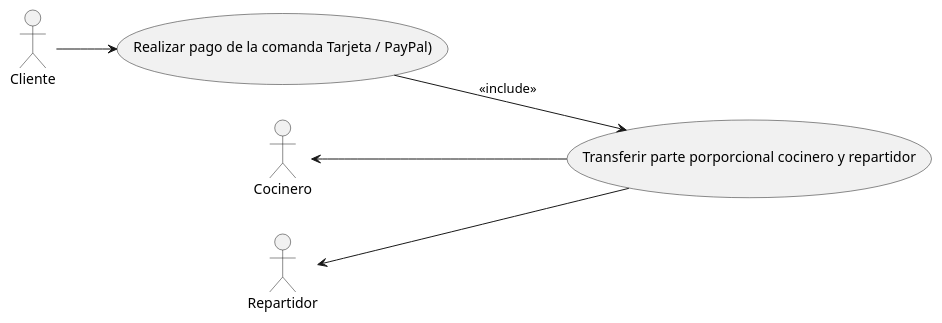
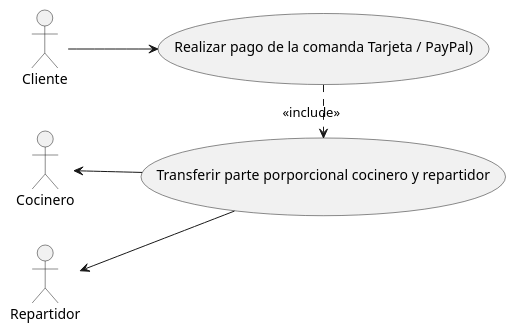
One commit to dabien3/ES25UAB-511-05 changed the diagram in documents/Diagrames Casos d'Us/Code Plantuml/code_bloq4.pUML. Above: the diagram before and after it, drawn with PlantUML. The commit also changed 7 other files, not shown here.

```diff
--- a/documents/Diagrames Casos d'Us/Code Plantuml/code_bloq4.pUML
+++ b/documents/Diagrames Casos d'Us/Code Plantuml/code_bloq4.pUML
@@ -1,18 +1,18 @@
 @startuml
 left to right direction
 
 actor Cliente
 actor Cocinero
 actor Repartidor
 
   usecase "Realizar pago de la comanda Tarjeta / PayPal)" as us2
   usecase "Transferir parte porporcional cocinero y repartidor" as us3
 
 
 Cliente --> us2
 
-us2 -->us3 : <<include>>
+us2  .> us3 : <<include>>
 Cocinero <-- us3
 Repartidor <-- us3
 
 @enduml
```
